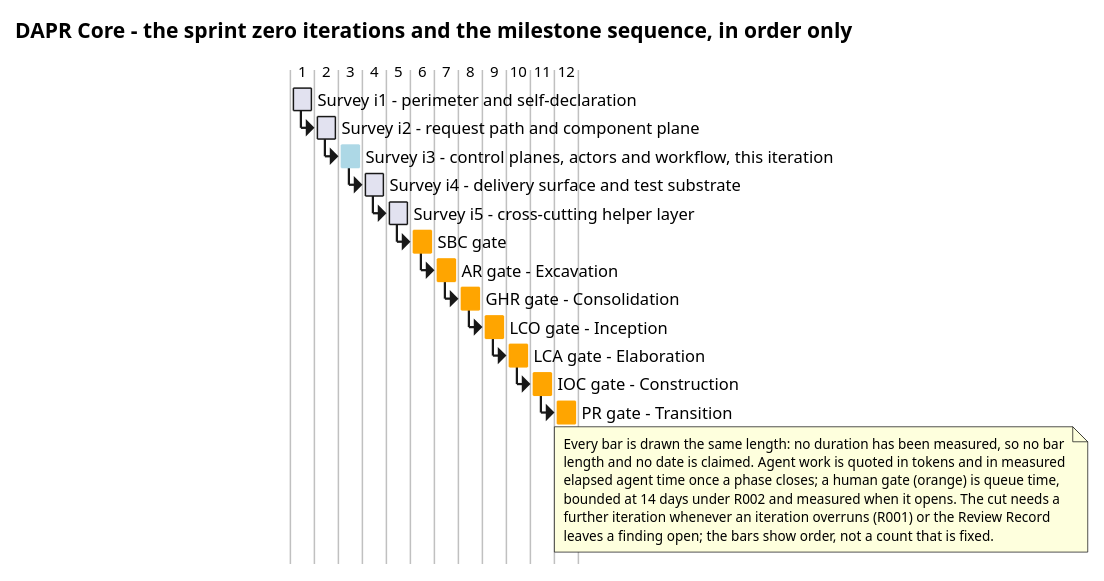
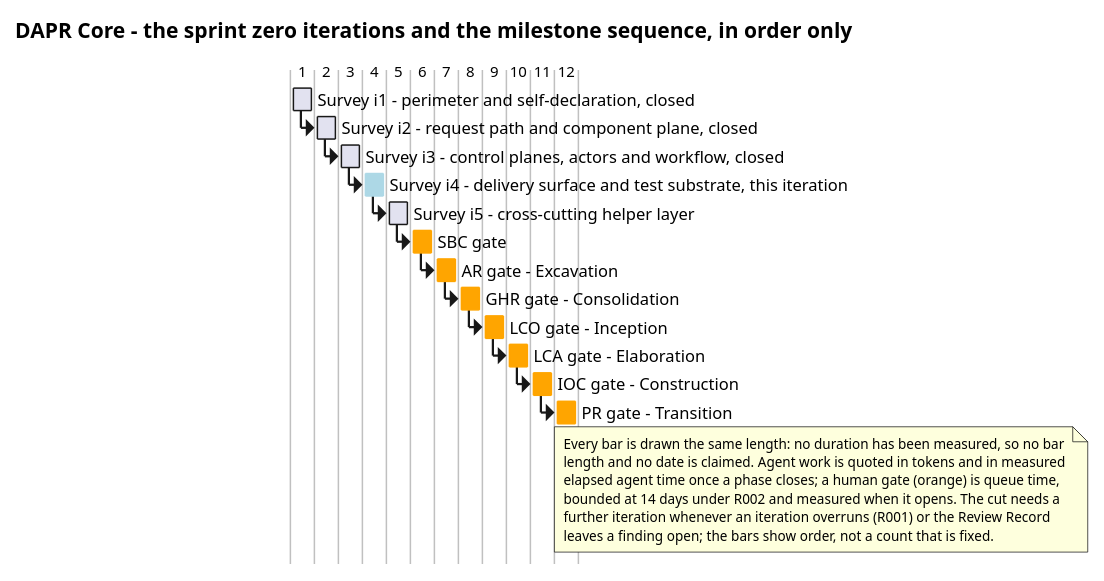
The first of 3 diagrams in docs/artifacts/project-management/iteration-plan.md (banense-test/dapr), drawn with PlantUML before and after one commit. The commit also changed other lines of this file, not shown here.

First line of the commit message:
Project Manager [Survey4]: upsert Iteration Plan

````diff
--- a/docs/artifacts/project-management/iteration-plan.md
+++ b/docs/artifacts/project-management/iteration-plan.md
@@ -49,37 +49,37 @@
 ```plantuml
 @startgantt
 title DAPR Core - the sprint zero iterations and the milestone sequence, in order only
 hide footbox
 
-[Survey i1 - perimeter and self-declaration] lasts 1 day
-[Survey i2 - request path and component plane] starts at [Survey i1 - perimeter and self-declaration]'s end
-[Survey i3 - control planes, actors and workflow, this iteration] starts at [Survey i2 - request path and component plane]'s end
-[Survey i4 - delivery surface and test substrate] starts at [Survey i3 - control planes, actors and workflow, this iteration]'s end
-[Survey i5 - cross-cutting helper layer] starts at [Survey i4 - delivery surface and test substrate]'s end
+[Survey i1 - perimeter and self-declaration, closed] lasts 1 day
+[Survey i2 - request path and component plane, closed] starts at [Survey i1 - perimeter and self-declaration, closed]'s end
+[Survey i3 - control planes, actors and workflow, closed] starts at [Survey i2 - request path and component plane, closed]'s end
+[Survey i4 - delivery surface and test substrate, this iteration] starts at [Survey i3 - control planes, actors and workflow, closed]'s end
+[Survey i5 - cross-cutting helper layer] starts at [Survey i4 - delivery surface and test substrate, this iteration]'s end
 [SBC gate] starts at [Survey i5 - cross-cutting helper layer]'s end
 [AR gate - Excavation] starts at [SBC gate]'s end
 [GHR gate - Consolidation] starts at [AR gate - Excavation]'s end
 [LCO gate - Inception] starts at [GHR gate - Consolidation]'s end
 [LCA gate - Elaboration] starts at [LCO gate - Inception]'s end
 [IOC gate - Construction] starts at [LCA gate - Elaboration]'s end
 [PR gate - Transition] starts at [IOC gate - Construction]'s end
 
-[Survey i3 - control planes, actors and workflow, this iteration] is colored in LightBlue
+[Survey i4 - delivery surface and test substrate, this iteration] is colored in LightBlue
 [SBC gate] is colored in Orange
 [AR gate - Excavation] is colored in Orange
 [GHR gate - Consolidation] is colored in Orange
 [LCO gate - Inception] is colored in Orange
 [LCA gate - Elaboration] is colored in Orange
 [IOC gate - Construction] is colored in Orange
 [PR gate - Transition] is colored in Orange
 
 note bottom
   Every bar is drawn the same length: no duration has been measured, so no bar
   length and no date is claimed. Agent work is quoted in tokens and in measured
   elapsed agent time once a phase closes; a human gate (orange) is queue time,
   bounded at 14 days under R002 and measured when it opens. The cut needs a
   further iteration whenever an iteration overruns (R001) or the Review Record
   leaves a finding open; the bars show order, not a count that is fixed.
 end note
 @endgantt
 ```
````
